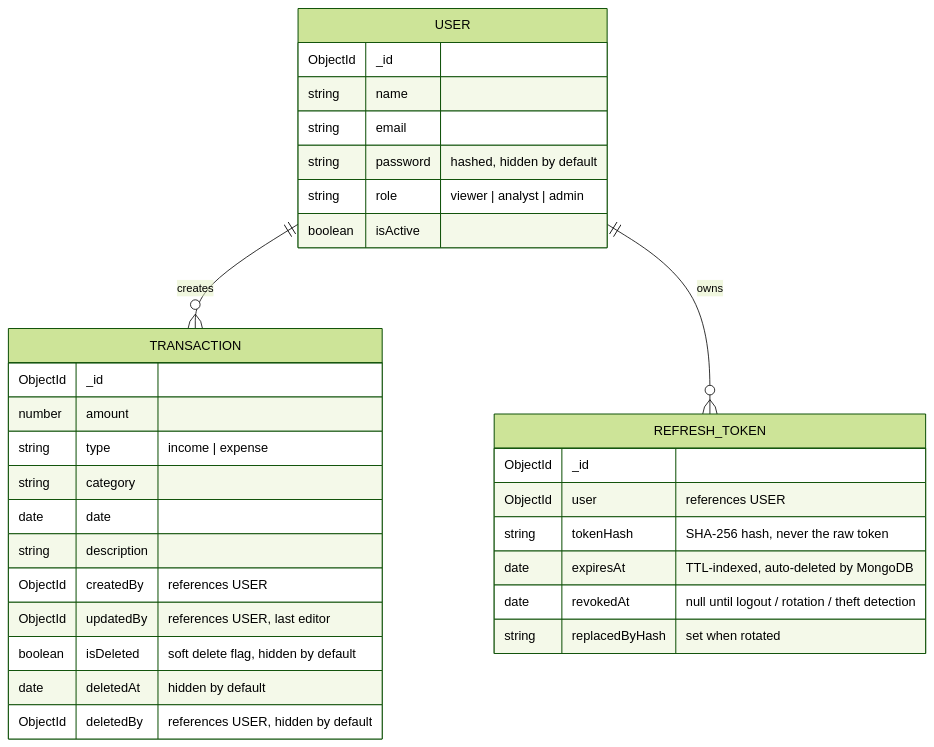
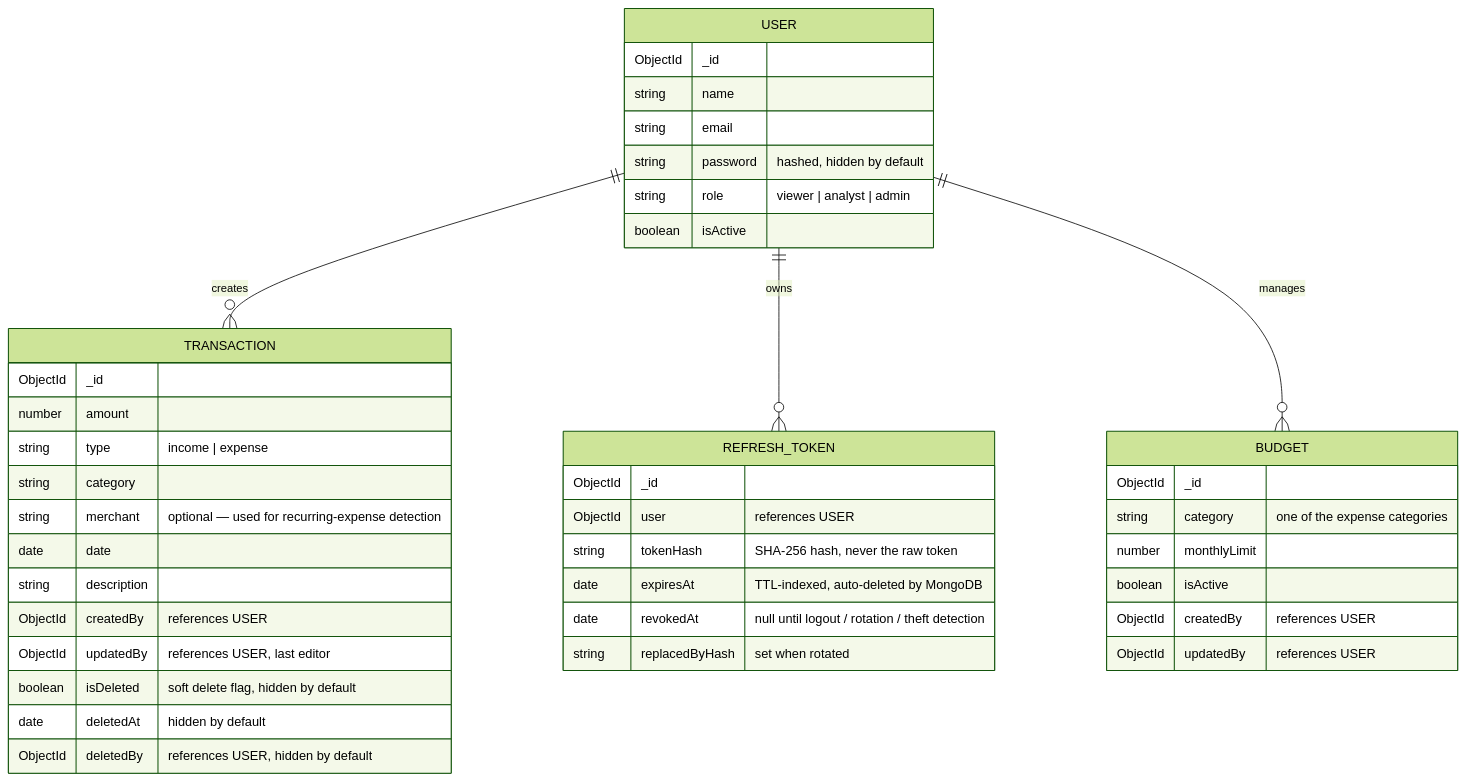
The third of 7 diagrams in docs/architecture.md (Tanmay268/ArthaGrid), drawn with Mermaid (forest theme) before and after one commit. The commit also changed other lines of this file and 107 other files, not shown here.

````diff
--- a/docs/architecture.md
+++ b/docs/architecture.md
@@ -106,35 +111,45 @@
 ```mermaid
 erDiagram
     USER ||--o{ TRANSACTION : creates
     USER ||--o{ REFRESH_TOKEN : owns
+    USER ||--o{ BUDGET : manages
 
     USER {
         ObjectId _id
         string name
         string email
         string password "hashed, hidden by default"
         string role "viewer | analyst | admin"
         boolean isActive
     }
     TRANSACTION {
         ObjectId _id
         number amount
         string type "income | expense"
         string category
+        string merchant "optional — used for recurring-expense detection"
         date date
         string description
         ObjectId createdBy "references USER"
         ObjectId updatedBy "references USER, last editor"
         boolean isDeleted "soft delete flag, hidden by default"
         date deletedAt "hidden by default"
         ObjectId deletedBy "references USER, hidden by default"
     }
     REFRESH_TOKEN {
         ObjectId _id
         ObjectId user "references USER"
         string tokenHash "SHA-256 hash, never the raw token"
         date expiresAt "TTL-indexed, auto-deleted by MongoDB"
         date revokedAt "null until logout / rotation / theft detection"
         string replacedByHash "set when rotated"
     }
+    BUDGET {
+        ObjectId _id
+        string category "one of the expense categories"
+        number monthlyLimit
+        boolean isActive
+        ObjectId createdBy "references USER"
+        ObjectId updatedBy "references USER"
+    }
 ```
````
